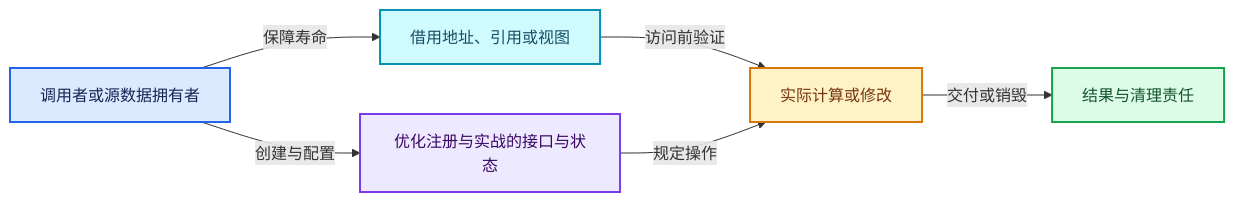
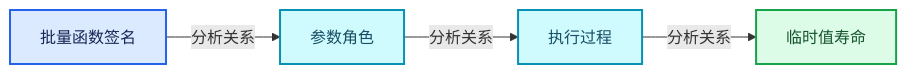
The third of 4 diagrams in 杂/markdown/全面学习-codex/07-MultiFunction与批量执行/10-优化注册与实战.md (yunkezengren/blender-.vscode), drawn with Mermaid before and after one commit. The commit also changed other lines of this file and 1930 other files, not shown here.

````diff
--- a/杂/markdown/全面学习-codex/07-MultiFunction与批量执行/10-优化注册与实战.md
+++ b/杂/markdown/全面学习-codex/07-MultiFunction与批量执行/10-优化注册与实战.md
@@ -456,19 +58,16 @@
 ```mermaid
 flowchart LR
-  O["调用者或源数据拥有者"]:::input
-  V["优化注册与实战的接口与状态"]:::abstraction
-  B["借用地址、引用或视图"]:::data
-  W["实际计算或修改"]:::compute
-  R["结果与清理责任"]:::result
-  O -->|"创建与配置"| V
-  O -->|"保障寿命"| B
-  B -->|"访问前验证"| W
-  V -->|"规定操作"| W
-  W -->|"交付或销毁"| R
+  P0["批量函数签名"]:::input
+  P1["参数角色"]:::data
+  P2["执行过程"]:::data
+  P3["临时值寿命"]:::result
+  P0 -->|"分析关系"| P1
+  P1 -->|"分析关系"| P2
+  P2 -->|"分析关系"| P3
   classDef input fill:#DBEAFE,stroke:#2563EB,color:#172554,stroke-width:2px;
   classDef data fill:#CFFAFE,stroke:#0891B2,color:#164E63,stroke-width:2px;
   classDef abstraction fill:#EDE9FE,stroke:#7C3AED,color:#3B0764,stroke-width:2px;
   classDef compute fill:#FEF3C7,stroke:#D97706,color:#78350F,stroke-width:2px;
   classDef result fill:#DCFCE7,stroke:#16A34A,color:#14532D,stroke-width:2px;
   classDef error fill:#FEE2E2,stroke:#DC2626,color:#7F1D1D,stroke-width:2px;
 ```
````
